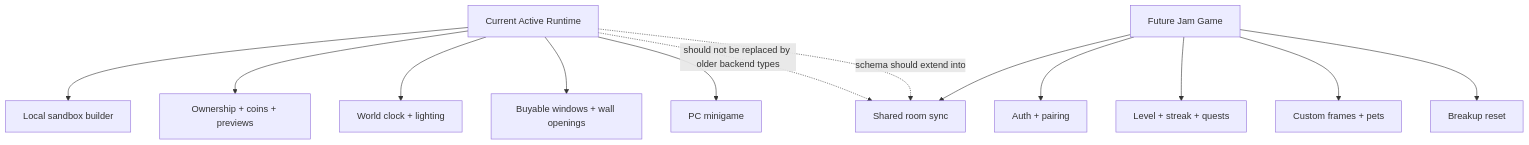
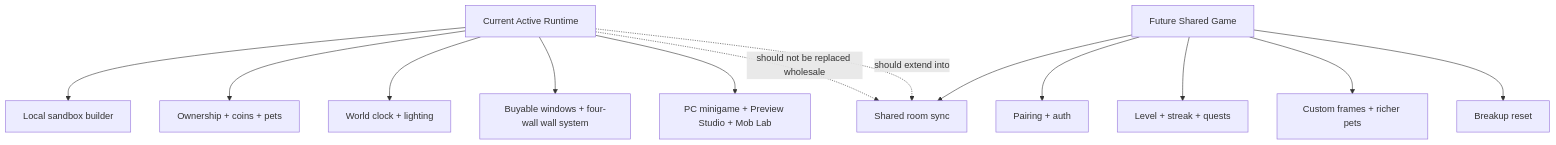
Before and after one commit to Erlavush/FAHHH: the sixth of 6 diagrams in docs/DIAGRAMS.md, drawn with Mermaid. The commit also changed other lines of this file and 78 other files, not shown here.

````diff
--- a/docs/DIAGRAMS.md
+++ b/docs/DIAGRAMS.md
@@ -118,17 +133,17 @@
 ```mermaid
 flowchart TD
   Current["Current Active Runtime"] --> Local["Local sandbox builder"]
-  Current --> Inventory["Ownership + coins + previews"]
+  Current --> Inventory["Ownership + coins + pets"]
   Current --> Clock["World clock + lighting"]
-  Current --> Windows["Buyable windows + wall openings"]
-  Current --> Activities["PC minigame"]
+  Current --> Windows["Buyable windows + four-wall wall system"]
+  Current --> Activities["PC minigame + Preview Studio + Mob Lab"]
 
-  Future["Future Jam Game"] --> Pair["Auth + pairing"]
+  Future["Future Shared Game"] --> Pair["Pairing + auth"]
   Future --> Shared["Shared room sync"]
   Future --> Progress["Level + streak + quests"]
-  Future --> Personal["Custom frames + pets"]
+  Future --> Personal["Custom frames + richer pets"]
   Future --> Breakup["Breakup reset"]
 
-  Current -. schema should extend into .-> Shared
-  Current -. should not be replaced by older backend types .-> Shared
+  Current -. should extend into .-> Shared
+  Current -. should not be replaced wholesale .-> Shared
 ```
````
